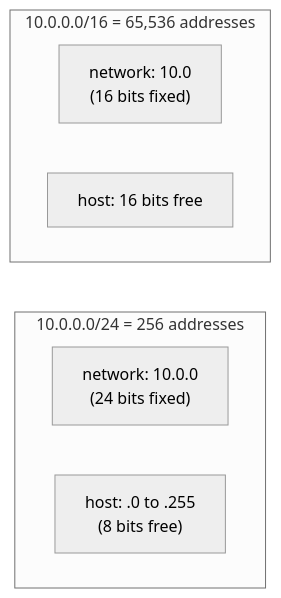
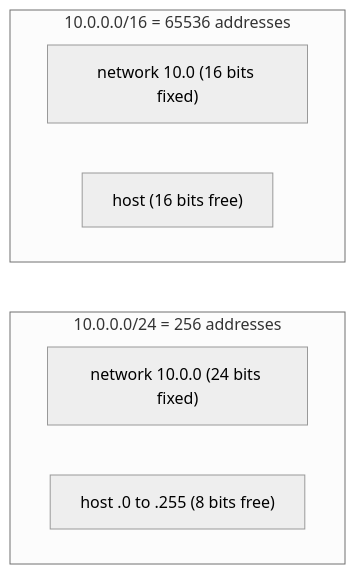
One commit to apolzek/apolzek.github.io changed the third of 9 diagrams in _posts/2026-05-29-the-networking-refresher.md. Above: the diagram before and after it, drawn with Mermaid (neutral theme). The commit also changed other lines of this file, not shown here.

First line of the commit message:
fix: make Mermaid diagrams render on the theme

````diff
--- a/_posts/2026-05-29-the-networking-refresher.md
+++ b/_posts/2026-05-29-the-networking-refresher.md
@@ -433,13 +436,13 @@
 ```mermaid
 flowchart LR
-  subgraph A["10.0.0.0/24  =  256 addresses"]
+  subgraph A["10.0.0.0/24 = 256 addresses"]
     direction LR
-    N1["network: 10.0.0<br/>(24 bits fixed)"]
-    H1["host: .0 to .255<br/>(8 bits free)"]
+    N1["network 10.0.0 (24 bits fixed)"]
+    H1["host .0 to .255 (8 bits free)"]
   end
-  subgraph B["10.0.0.0/16  =  65,536 addresses"]
+  subgraph B["10.0.0.0/16 = 65536 addresses"]
     direction LR
-    N2["network: 10.0<br/>(16 bits fixed)"]
-    H2["host: 16 bits free"]
+    N2["network 10.0 (16 bits fixed)"]
+    H2["host (16 bits free)"]
   end
 ```
````
